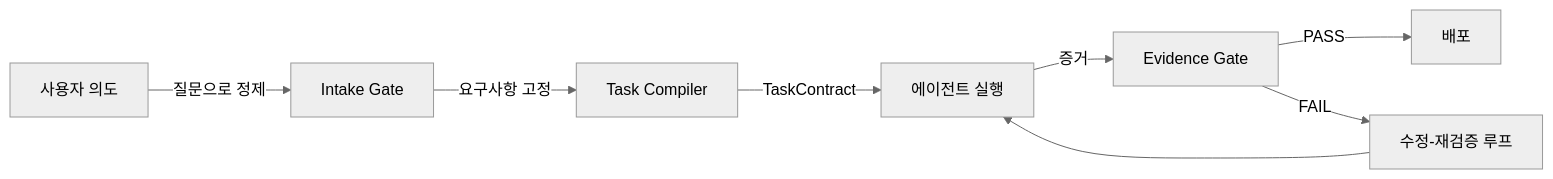
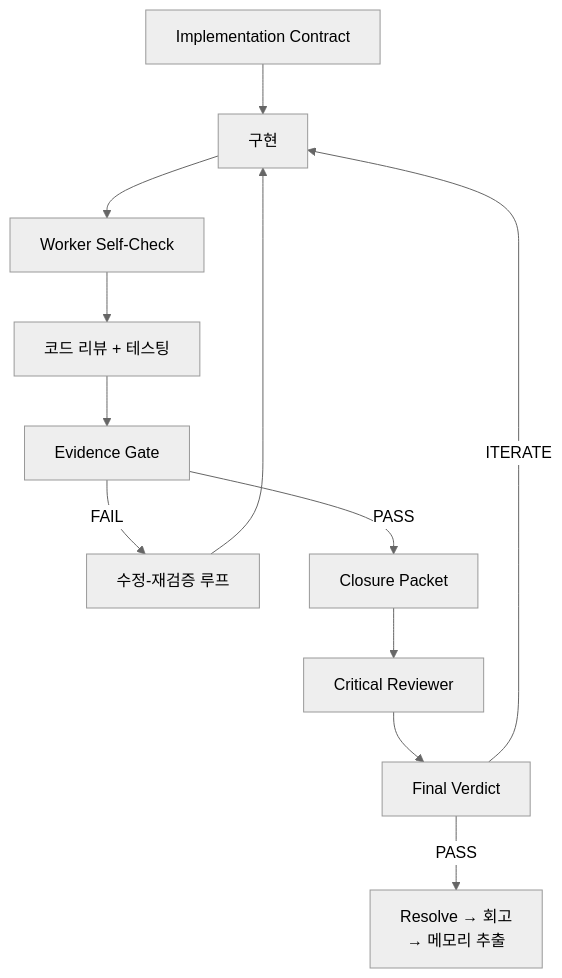
One commit to choam2426/geas changed the second of 2 diagrams in README.ko.md. Above: the diagram before and after it, drawn with Mermaid (neutral theme). The commit also changed other lines of this file and 1 other file, not shown here.

Commit message:
docs: update diagrams — 4-phase flow + per-task pipeline (en+ko)

````diff
--- a/README.ko.md
+++ b/README.ko.md
@@ -79,10 +96,14 @@
 ```mermaid
-graph LR
-    A[사용자 의도] -->|질문으로 정제| B[Intake Gate]
-    B -->|요구사항 고정| C[Task Compiler]
-    C -->|TaskContract| D[에이전트 실행]
-    D -->|증거| E[Evidence Gate]
-    E -->|PASS| F[배포]
-    E -->|FAIL| G[수정-재검증 루프]
-    G --> D
+graph TD
+    A[Implementation Contract] --> B[구현]
+    B --> C[Worker Self-Check]
+    C --> D[코드 리뷰 + 테스팅]
+    D --> E[Evidence Gate]
+    E -->|FAIL| F[수정-재검증 루프]
+    F --> B
+    E -->|PASS| G[Closure Packet]
+    G --> H[Critical Reviewer]
+    H --> I[Final Verdict]
+    I -->|PASS| J[Resolve → 회고\n→ 메모리 추출]
+    I -->|ITERATE| B
 ```
````
